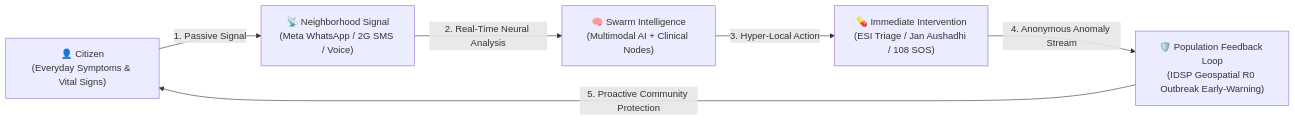
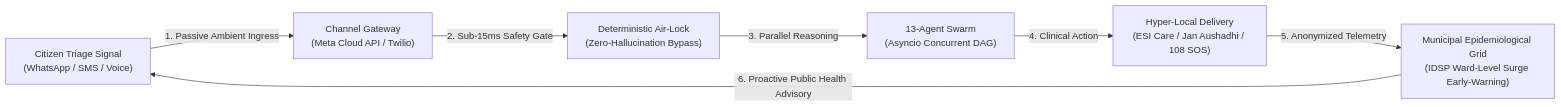
The first of 10 diagrams in README.md (Rachit-Tiwari-7/SYNAPSE-NEURAL), drawn with Mermaid before and after one commit. The commit also changed other lines of this file and 53 other files, not shown here.

````diff
--- a/README.md
+++ b/README.md
@@ -60,9 +79,10 @@
 ```mermaid
 flowchart LR
-    A["👤 Citizen<br/>(Everyday Symptoms & Vital Signs)"] 
-    -->|1. Passive Signal| B["📡 Neighborhood Signal<br/>(Meta WhatsApp / 2G SMS / Voice)"]
-    -->|2. Real-Time Neural Analysis| C["🧠 Swarm Intelligence<br/>(Multimodal AI + Clinical Nodes)"]
-    -->|3. Hyper-Local Action| D["💊 Immediate Intervention<br/>(ESI Triage / Jan Aushadhi / 108 SOS)"]
-    -->|4. Anonymous Anomaly Stream| E["🛡️ Population Feedback Loop<br/>(IDSP Geospatial R0 Outbreak Early-Warning)"]
-    -->|5. Proactive Community Protection| A
+    A["Citizen Triage Signal\n(WhatsApp / SMS / Voice)"] 
+    -->|1. Passive Ambient Ingress| B["Channel Gateway\n(Meta Cloud API / Twilio)"]
+    -->|2. Sub-15ms Safety Gate| C["Deterministic Air-Lock\n(Zero-Hallucination Bypass)"]
+    -->|3. Parallel Reasoning| D["13-Agent Swarm\n(Asyncio Concurrent DAG)"]
+    -->|4. Clinical Action| E["Hyper-Local Delivery\n(ESI Care / Jan Aushadhi / 108 SOS)"]
+    -->|5. Anonymized Telemetry| F["Municipal Epidemiological Grid\n(IDSP Ward-Level Surge Early-Warning)"]
+    -->|6. Proactive Public Health Advisory| A
 ```
````
